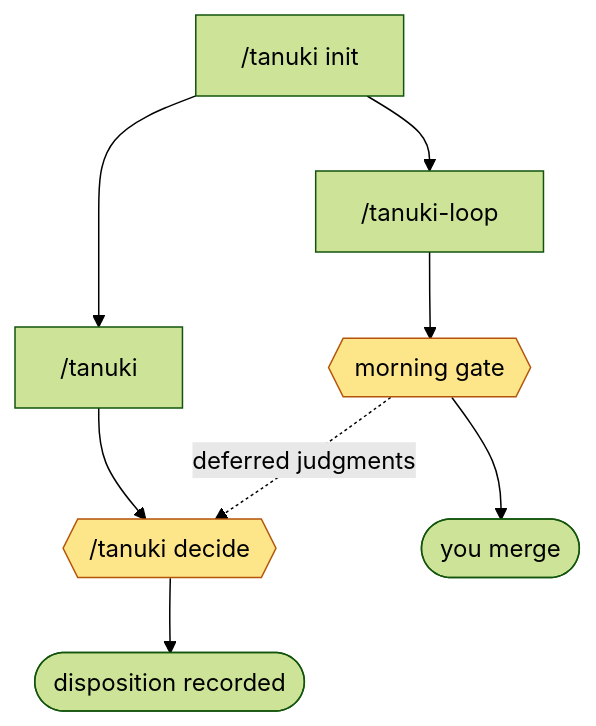
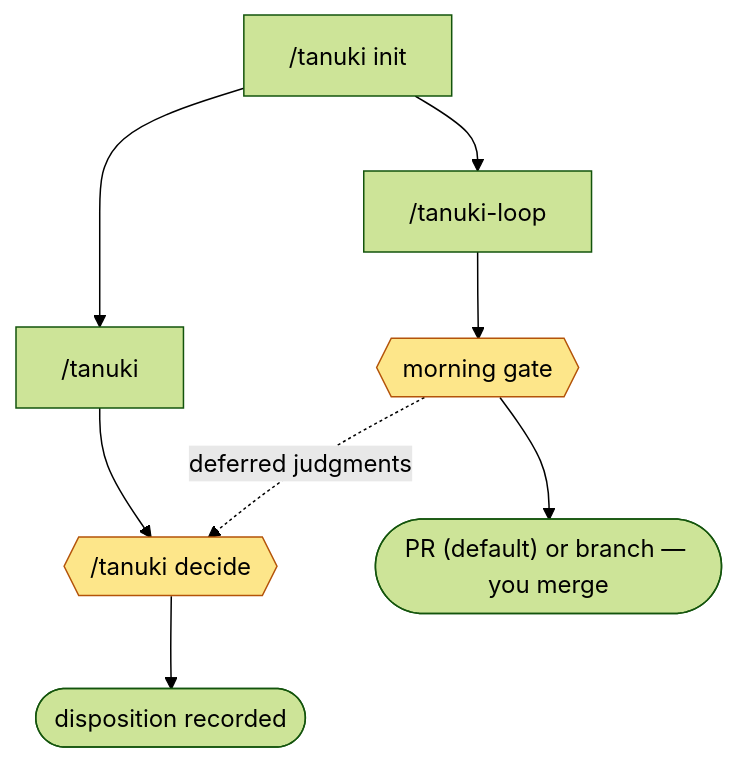
The diagram in README.md (tim-nish/tanuki), drawn with Mermaid (forest theme) before and after one commit. The commit also changed other lines of this file and 4 other files, not shown here.

````diff
--- a/README.md
+++ b/README.md
@@ -122,16 +124,16 @@
 ```mermaid
 flowchart TD
     init["/tanuki init"]
     init --> tanuki["/tanuki"]
     init --> loop["/tanuki-loop"]
 
     tanuki --> decide{{"/tanuki decide"}}
     decide --> disposition(["disposition recorded"])
 
     loop --> gate{{"morning gate"}}
-    gate --> merge(["you merge"])
+    gate --> deliver(["PR (default) or branch — you merge"])
     gate -.->|deferred judgments| decide
 
     classDef gatecls fill:#fde68a,stroke:#b45309,color:#000;
     class decide,gate gatecls;
 ```
````
